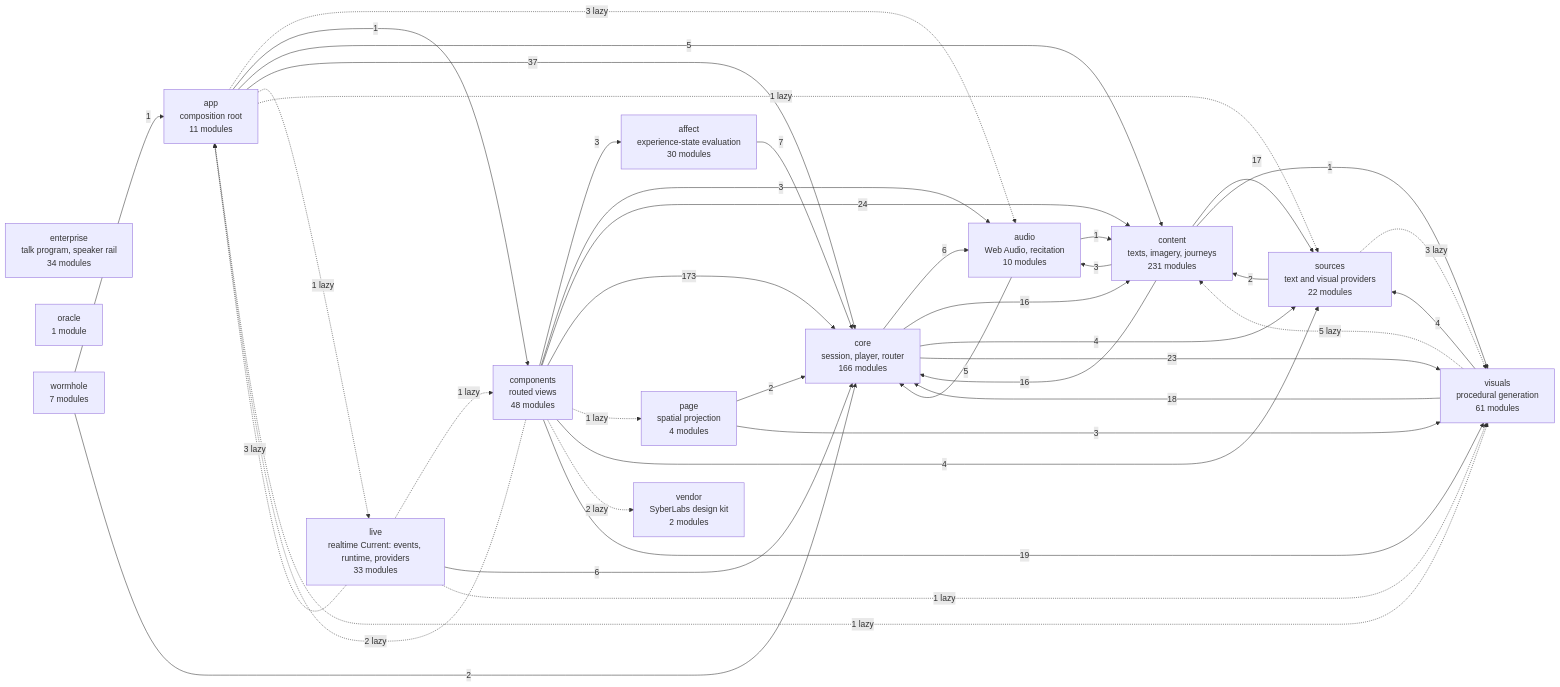
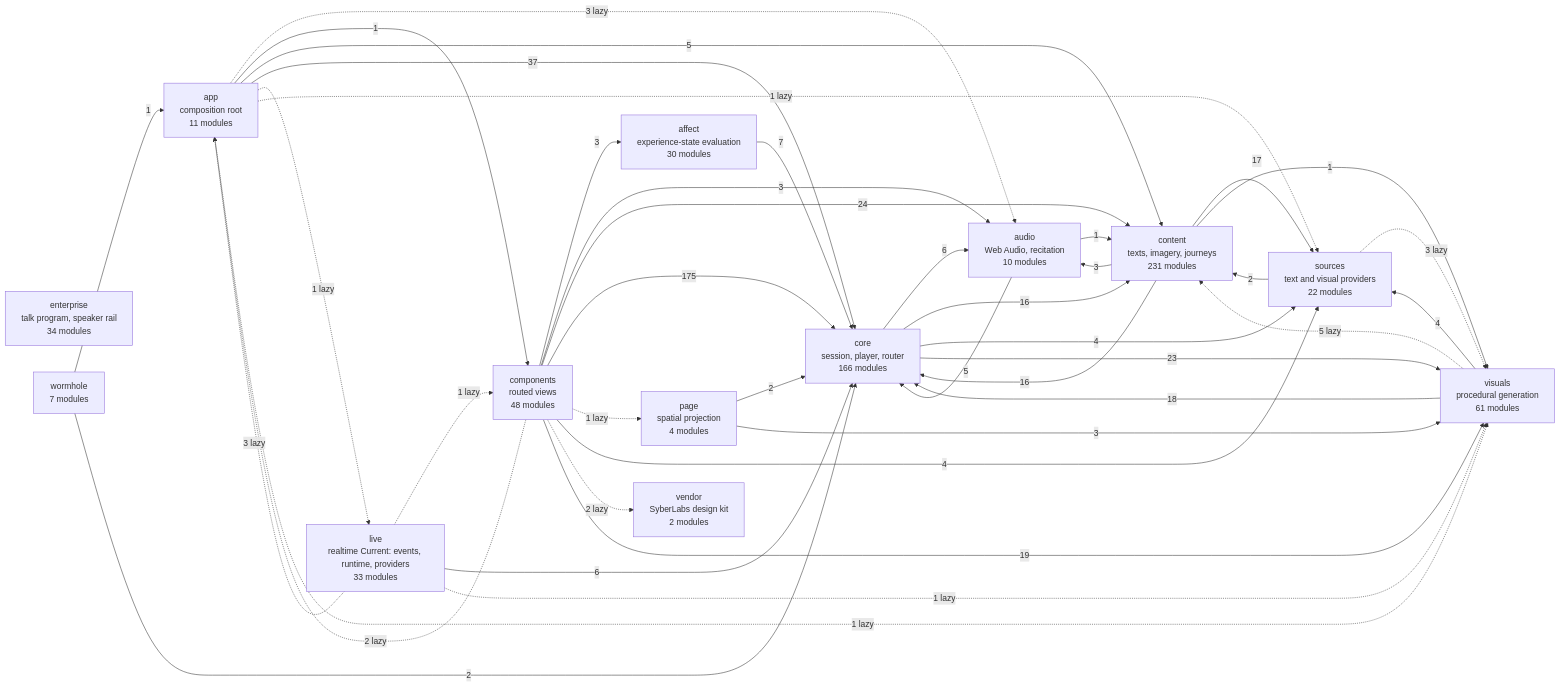
One commit to SyberLabs/RISE changed the diagram in docs/specs/ARCHITECTURE.md. Above: the diagram before and after it, drawn with Mermaid. The commit also changed other lines of this file and 23 other files, not shown here.

````diff
--- a/docs/specs/ARCHITECTURE.md
+++ b/docs/specs/ARCHITECTURE.md
@@ -160,58 +160,57 @@
 ```mermaid
 flowchart LR
     affect["affect<br/>experience-state evaluation<br/>30 modules"]
     app["app<br/>composition root<br/>11 modules"]
     audio["audio<br/>Web Audio, recitation<br/>10 modules"]
     components["components<br/>routed views<br/>48 modules"]
     content["content<br/>texts, imagery, journeys<br/>231 modules"]
     core["core<br/>session, player, router<br/>166 modules"]
     enterprise["enterprise<br/>talk program, speaker rail<br/>34 modules"]
     live["live<br/>realtime Current: events, runtime, providers<br/>33 modules"]
-    oracle["oracle<br/>1 module"]
     page["page<br/>spatial projection<br/>4 modules"]
     sources["sources<br/>text and visual providers<br/>22 modules"]
     vendor["vendor<br/>SyberLabs design kit<br/>2 modules"]
     visuals["visuals<br/>procedural generation<br/>61 modules"]
     wormhole["wormhole<br/>7 modules"]
 
     affect --> |7| core
     app -.-> |3 lazy| audio
     app --> |1| components
     app --> |5| content
     app --> |37| core
     app -.-> |1 lazy| live
     app -.-> |1 lazy| sources
     app -.-> |1 lazy| visuals
     audio --> |1| content
     audio --> |5| core
     components --> |3| affect
     components -.-> |2 lazy| app
     components --> |3| audio
     components --> |24| content
-    components --> |173| core
+    components --> |175| core
     components -.-> |1 lazy| page
     components --> |4| sources
     components -.-> |2 lazy| vendor
     components --> |19| visuals
     content --> |3| audio
     content --> |16| core
     content --> |17| sources
     content --> |1| visuals
     core --> |6| audio
     core --> |16| content
     core --> |4| sources
     core --> |23| visuals
     live -.-> |3 lazy| app
     live -.-> |1 lazy| components
     live --> |6| core
     live -.-> |1 lazy| visuals
     page --> |2| core
     page --> |3| visuals
     sources --> |2| content
     sources -.-> |3 lazy| visuals
     visuals -.-> |5 lazy| content
     visuals --> |18| core
     visuals --> |4| sources
     wormhole --> |1| app
     wormhole --> |2| core
 ```
````
